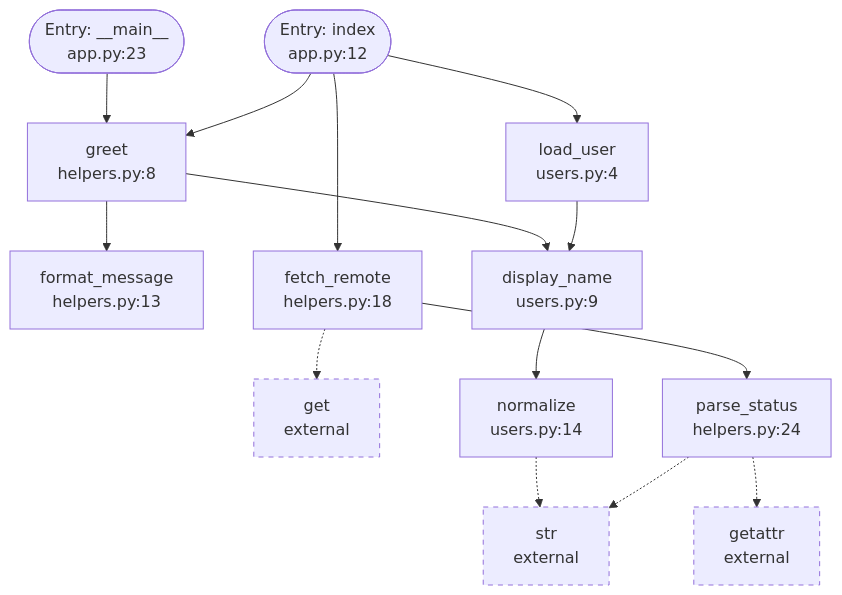
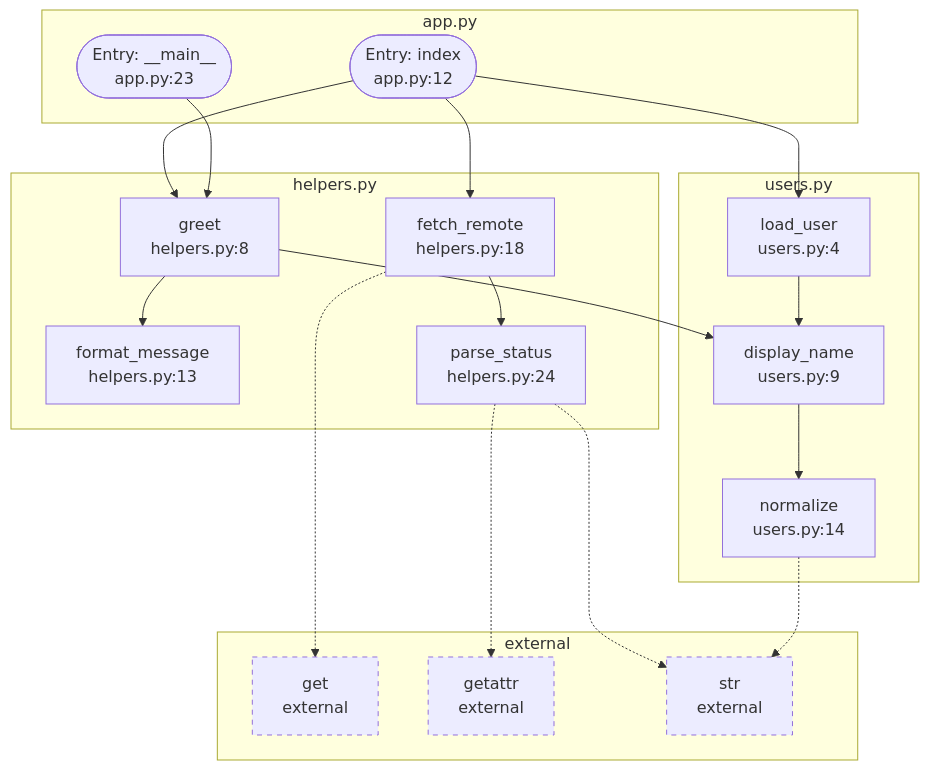
Before and after one commit to fahd12/codetodiagram: the diagram in docs/example-output.md, drawn with Mermaid. The commit also changed 4 other files, not shown here.

Commit message:
Group mermaid nodes by source file

````diff
--- a/docs/example-output.md
+++ b/docs/example-output.md
@@ -10,29 +10,37 @@
 ```mermaid
 flowchart TD
-    n0ea057f4bb5ef2b8["get<br/>external"]:::external
-    n115fa91855b56bae["format_message<br/>helpers.py:13"]
-    n262692e051323530["fetch_remote<br/>helpers.py:18"]
-    n3570da1d03de1fda["normalize<br/>users.py:14"]
-    n779f8d511e7254f4(["Entry: __main__<br/>app.py:23"])
-    n7c40dc7dfb0d02b5["getattr<br/>external"]:::external
-    n8c25cb3686462e9a["str<br/>external"]:::external
-    n922318c25001607a["display_name<br/>users.py:9"]
-    na3b0860d24b80397["greet<br/>helpers.py:8"]
-    nd63b4e348658ee13["load_user<br/>users.py:4"]
-    nea7dcb77f97f7176["parse_status<br/>helpers.py:24"]
-    nf6af502f8db4b076(["Entry: index<br/>app.py:12"])
+    subgraph sg568470d013cd12e4["app.py"]
+        n779f8d511e7254f4(["Entry: __main__<br/>app.py:23"])
+        nf6af502f8db4b076(["Entry: index<br/>app.py:12"])
+    end
+    subgraph sg0a56e65e9f7b6e23["helpers.py"]
+        n115fa91855b56bae["format_message<br/>helpers.py:13"]
+        n262692e051323530["fetch_remote<br/>helpers.py:18"]
+        na3b0860d24b80397["greet<br/>helpers.py:8"]
+        nea7dcb77f97f7176["parse_status<br/>helpers.py:24"]
+    end
+    subgraph sg251504a99ee66c10["users.py"]
+        n3570da1d03de1fda["normalize<br/>users.py:14"]
+        n922318c25001607a["display_name<br/>users.py:9"]
+        nd63b4e348658ee13["load_user<br/>users.py:4"]
+    end
+    subgraph sg3c4623849a49a539["external"]
+        n0ea057f4bb5ef2b8["get<br/>external"]:::external
+        n7c40dc7dfb0d02b5["getattr<br/>external"]:::external
+        n8c25cb3686462e9a["str<br/>external"]:::external
+    end
     n262692e051323530 -.-> n0ea057f4bb5ef2b8
     n262692e051323530 --> nea7dcb77f97f7176
     n3570da1d03de1fda -.-> n8c25cb3686462e9a
     n779f8d511e7254f4 --> na3b0860d24b80397
     n922318c25001607a --> n3570da1d03de1fda
     na3b0860d24b80397 --> n115fa91855b56bae
     na3b0860d24b80397 --> n922318c25001607a
     nd63b4e348658ee13 --> n922318c25001607a
     nea7dcb77f97f7176 -.-> n7c40dc7dfb0d02b5
     nea7dcb77f97f7176 -.-> n8c25cb3686462e9a
     nf6af502f8db4b076 --> nd63b4e348658ee13
     nf6af502f8db4b076 --> na3b0860d24b80397
     nf6af502f8db4b076 --> n262692e051323530
     classDef external stroke-dasharray: 5 5
 ```
````
